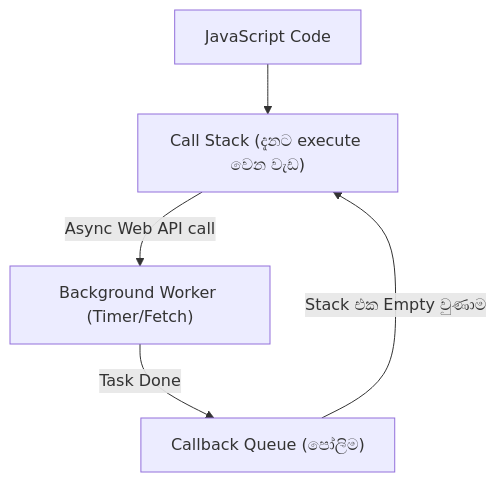
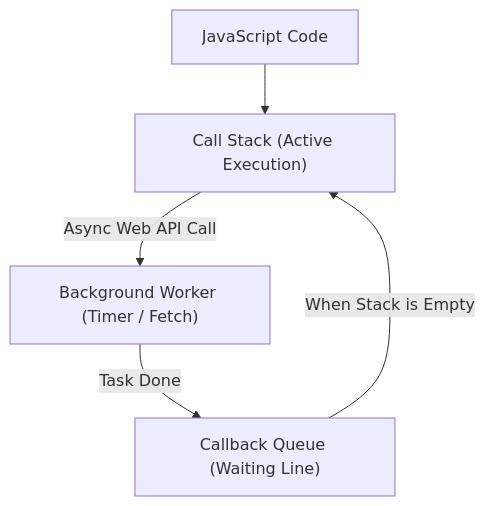
Before and after one commit to manuja-me/sinhala-explainer: the diagram in references/examples-and-scenarios.md, drawn with Mermaid. The commit also changed other lines of this file and 2 other files, not shown here.

Commit message:
feat: enhance skill with session persistence, error fallbacks, clean code blocks, and diagrams

````diff
--- a/references/examples-and-scenarios.md
+++ b/references/examples-and-scenarios.md
@@ -26,7 +26,7 @@
 ```mermaid
 flowchart TD
-    A["JavaScript Code"] --> B["Call Stack (දැනට execute වෙන වැඩ)"]
-    B -->|Async Web API call| C["Background Worker (Timer/Fetch)"]
-    C -->|Task Done| D["Callback Queue (පෝලිම)"]
-    D -->|Stack එක Empty වුණාම| B
+    A["JavaScript Code"] --> B["Call Stack (Active Execution)"]
+    B -->|Async Web API Call| C["Background Worker (Timer / Fetch)"]
+    C -->|Task Done| D["Callback Queue (Waiting Line)"]
+    D -->|When Stack is Empty| B
 ```
````
